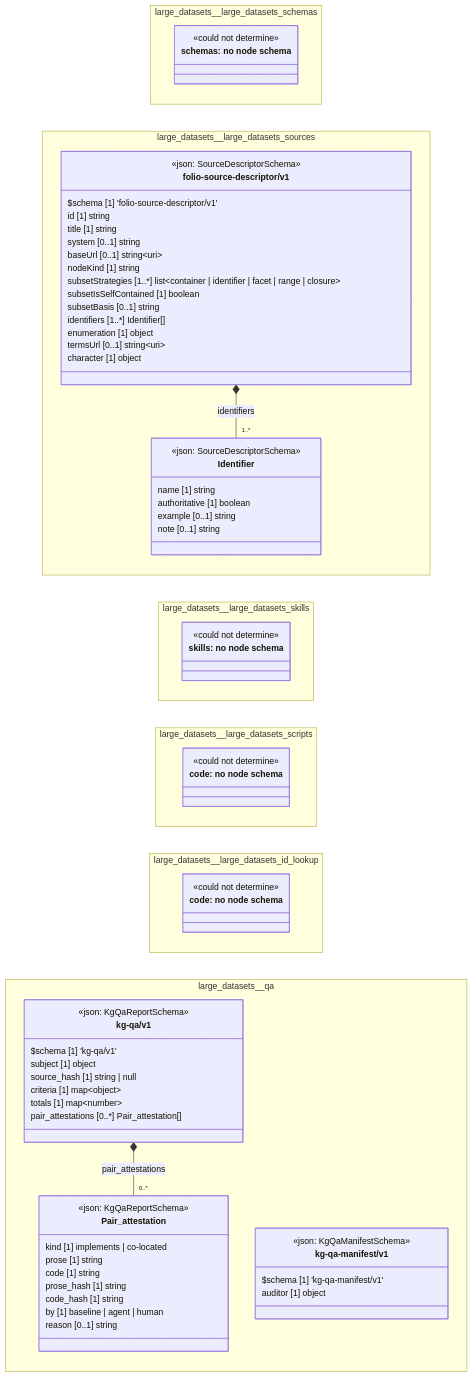
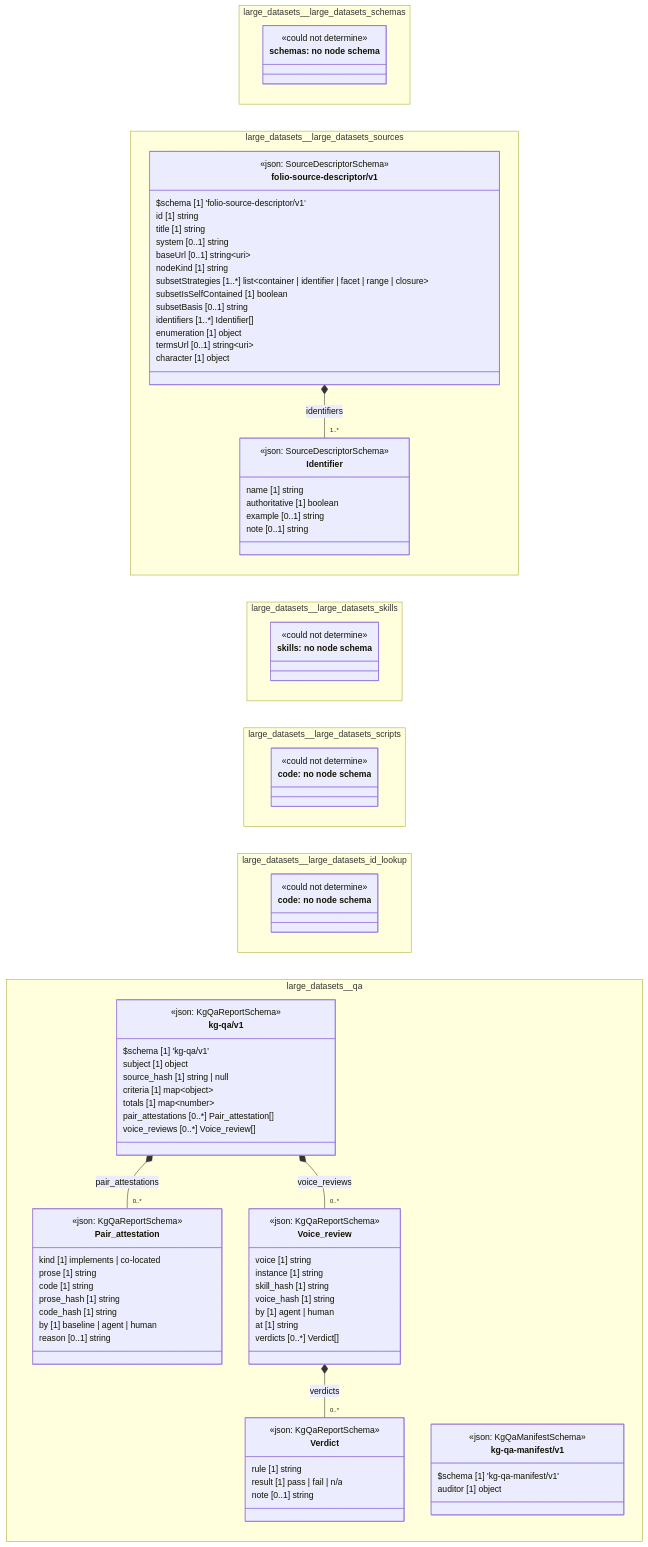
Before and after one commit to litlfred/folio-assistant: the diagram in cat-harness/docs/uml/overview/large-datasets.md, drawn with Mermaid. The commit also changed 573 other files, not shown here.

First line of the commit message:
rkqp: agentic review axis for skills against the skill voices

````diff
--- a/cat-harness/docs/uml/overview/large-datasets.md
+++ b/cat-harness/docs/uml/overview/large-datasets.md
@@ -108,6 +108,22 @@
       by [1] baseline | agent | human
       reason [0..1] string
     }
+    class large_datasets_qa_kg_qa_v1_Verdict["Verdict"] {
+      <<json: KgQaReportSchema>>
+      rule [1] string
+      result [1] pass | fail | n/a
+      note [0..1] string
+    }
+    class large_datasets_qa_kg_qa_v1_Voice_review["Voice_review"] {
+      <<json: KgQaReportSchema>>
+      voice [1] string
+      instance [1] string
+      skill_hash [1] string
+      voice_hash [1] string
+      by [1] agent | human
+      at [1] string
+      verdicts [0..*] Verdict[]
+    }
     class large_datasets_qa_kg_qa_v1_kg_qa_v1["kg-qa/v1"] {
       <<json: KgQaReportSchema>>
       $schema [1] 'kg-qa/v1'
@@ -116,6 +132,7 @@
       criteria [1] map~object~
       totals [1] map~number~
       pair_attestations [0..*] Pair_attestation[]
+      voice_reviews [0..*] Voice_review[]
     }
     class large_datasets_qa_kg_qa_manifest_v1_kg_qa_manifest_v1["kg-qa-manifest/v1"] {
       <<json: KgQaManifestSchema>>
@@ -135,7 +152,11 @@
   cssClass "n_large_datasets_large_datasets_id_lookup_code" fa_uml_kind_code
   cssClass "n_large_datasets_large_datasets_id_lookup_code" fa_uml_undetermined
   large_datasets_qa_kg_qa_v1_kg_qa_v1 *-- "0..*" large_datasets_qa_kg_qa_v1_Pair_attestation : pair_attestations
+  large_datasets_qa_kg_qa_v1_Voice_review *-- "0..*" large_datasets_qa_kg_qa_v1_Verdict : verdicts
+  large_datasets_qa_kg_qa_v1_kg_qa_v1 *-- "0..*" large_datasets_qa_kg_qa_v1_Voice_review : voice_reviews
   cssClass "large_datasets_qa_kg_qa_v1_Pair_attestation" fa_uml_kind_qa
+  cssClass "large_datasets_qa_kg_qa_v1_Verdict" fa_uml_kind_qa
+  cssClass "large_datasets_qa_kg_qa_v1_Voice_review" fa_uml_kind_qa
   cssClass "large_datasets_qa_kg_qa_v1_kg_qa_v1" fa_uml_kind_qa
   cssClass "large_datasets_qa_kg_qa_manifest_v1_kg_qa_manifest_v1" fa_uml_kind_qa
 ```
````
